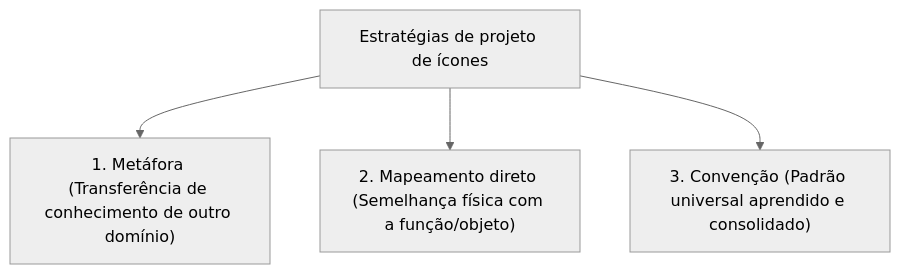
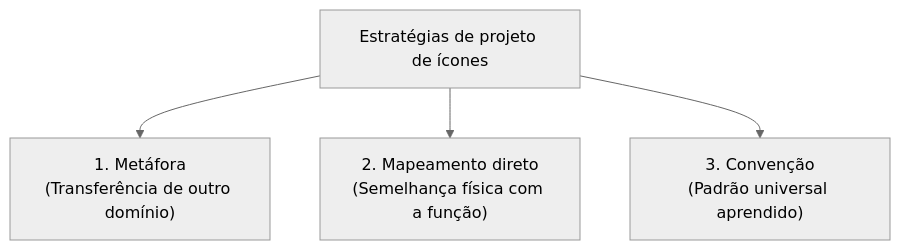
One commit to leorruas/puc changed the second of 3 diagrams in 08. Design de Interacao/17. Projeto de ícones em interfaces interativas - metáfora, mapeamento direto e convenção.md. Above: the diagram before and after it, drawn with Mermaid (neutral theme). The commit also changed other lines of this file and 22 other files, not shown here.

Commit message:
style: optimize all Mermaid diagrams to tight vertical flows and enforce bidirectional navigation linking in AGENTS.md

````diff
--- a/08. Design de Interacao/17. Projeto de ícones em interfaces interativas - metáfora, mapeamento direto e convenção.md
+++ b/08. Design de Interacao/17. Projeto de ícones em interfaces interativas - metáfora, mapeamento direto e convenção.md
@@ -60,6 +60,6 @@
 ```mermaid
 graph TD
-    Projeto["Estratégias de projeto de ícones"] --> Metafora["1. Metáfora (Transferência de conhecimento de outro domínio)"]
-    Projeto --> Mapeamento["2. Mapeamento direto (Semelhança física com a função/objeto)"]
-    Projeto --> Convenção["3. Convenção (Padrão universal aprendido e consolidado)"]
+    Projeto["Estratégias de projeto de ícones"] --> Metafora["1. Metáfora<br>(Transferência de outro domínio)"]
+    Projeto --> Mapeamento["2. Mapeamento direto<br>(Semelhança física com a função)"]
+    Projeto --> Convenção["3. Convenção<br>(Padrão universal aprendido)"]
 ```
````
